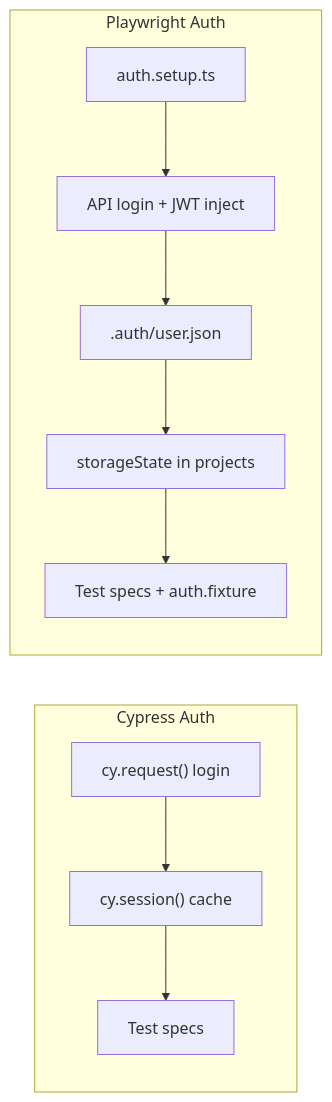
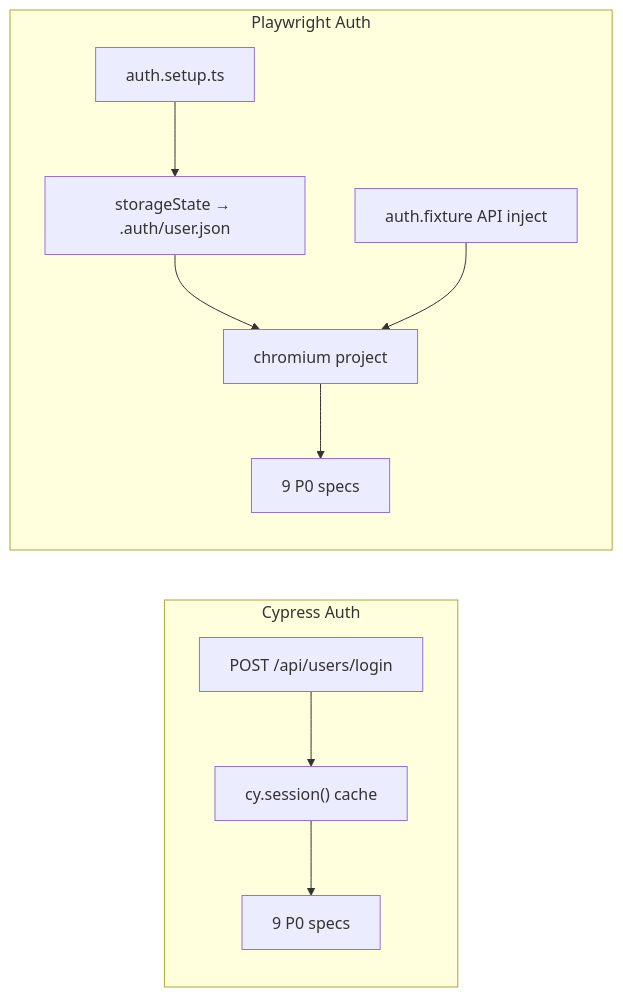
Before and after one commit to mahzereen/cypress-to-playwrite-migration: the third of 4 diagrams in migration/architecture/migration-architecture.md, drawn with Mermaid. The commit also changed other lines of this file and 12 other files, not shown here.

````diff
--- a/migration/architecture/migration-architecture.md
+++ b/migration/architecture/migration-architecture.md
@@ -61,14 +63,14 @@
 ```mermaid
 graph LR
     subgraph CypressAuth["Cypress Auth"]
-        CS1["cy.request() login"] --> CS2["cy.session() cache"]
-        CS2 --> CS3["Test specs"]
+        CS1["POST /api/users/login"] --> CS2["cy.session() cache"]
+        CS2 --> CS3["9 P0 specs"]
     end
 
     subgraph PlaywrightAuth["Playwright Auth"]
-        PS1["auth.setup.ts"] --> PS2["API login + JWT inject"]
-        PS2 --> PS3[".auth/user.json"]
-        PS3 --> PS4["storageState in projects"]
-        PS4 --> PS5["Test specs + auth.fixture"]
+        PS1["auth.setup.ts"] --> PS2["storageState → .auth/user.json"]
+        PS2 --> PS3["chromium project"]
+        PS4["auth.fixture API inject"] --> PS3
+        PS3 --> PS5["9 P0 specs"]
     end
 ```
````
